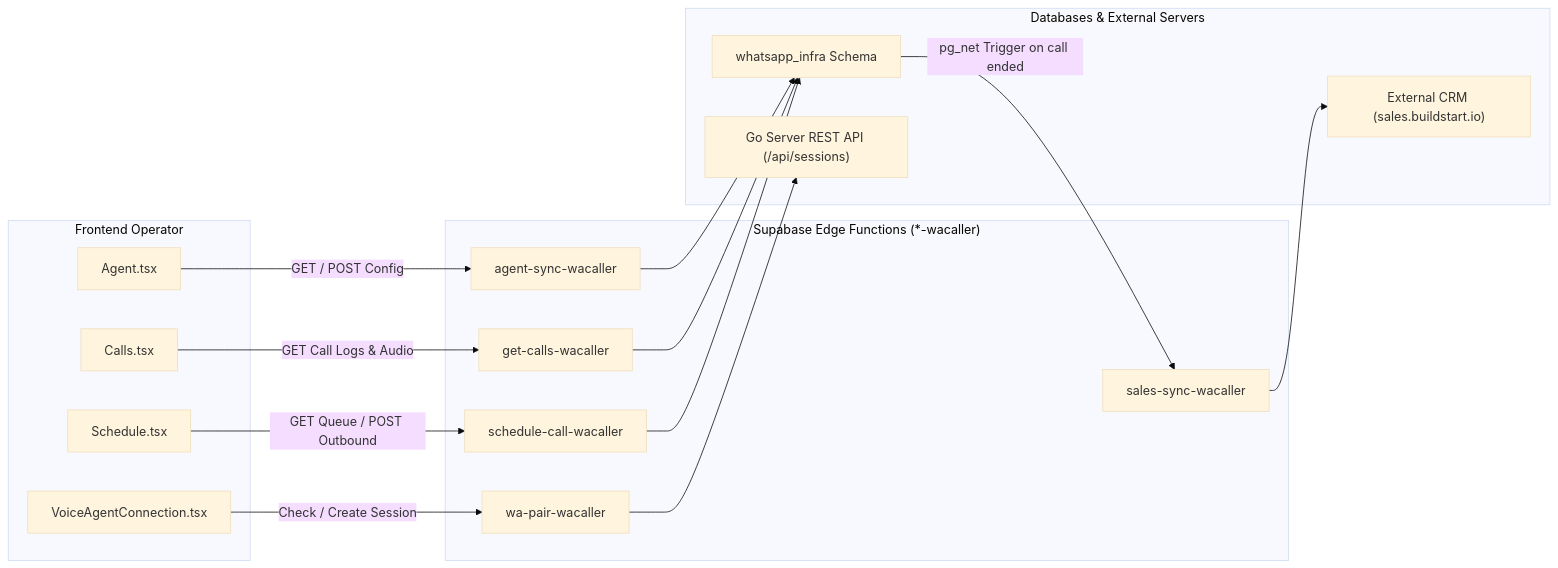
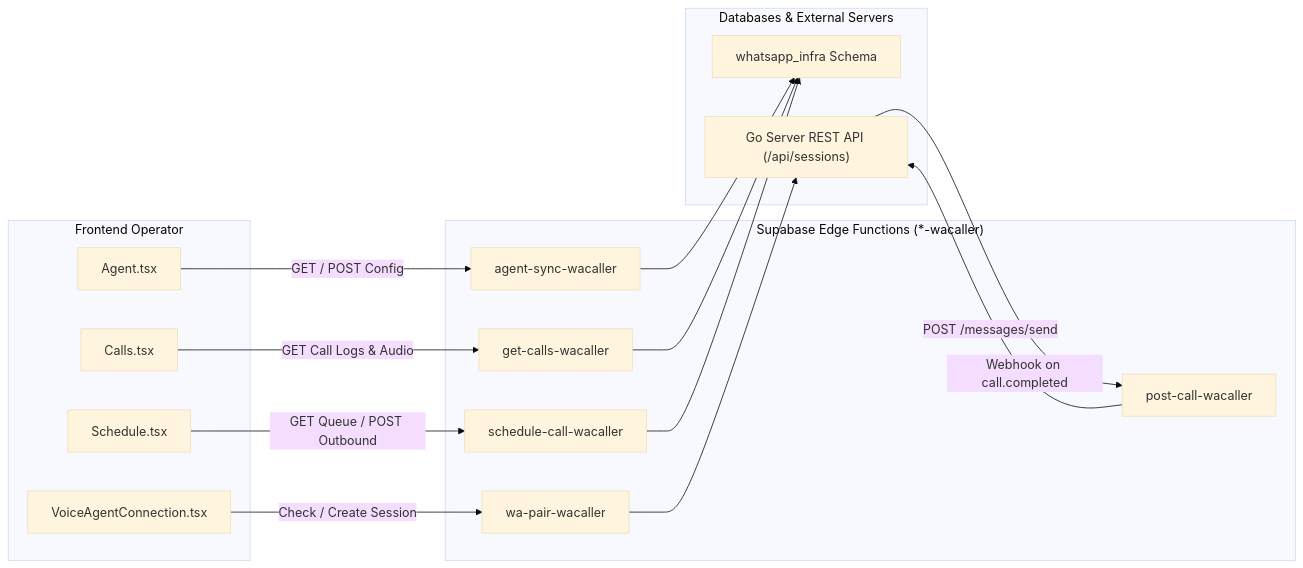
One commit to BuildStart-io/buildstart-wacaller changed the third of 7 diagrams in ARCHITECTURE.md. Above: the diagram before and after it, drawn with Mermaid (base theme). The commit also changed other lines of this file and 8 other files, not shown here.

Commit message:
feat(wacaller): migrate local voice persona & post-call lead dossier from Go server; remove sales-sync-wacaller

````diff
--- a/ARCHITECTURE.md
+++ b/ARCHITECTURE.md
@@ -202,35 +201,34 @@
 ```mermaid
 flowchart LR
     subgraph Client ["Frontend Operator"]
         C_Agent["Agent.tsx"]
         C_Calls["Calls.tsx"]
         C_Sched["Schedule.tsx"]
         C_Pair["VoiceAgentConnection.tsx"]
     end
 
     subgraph Functions ["Supabase Edge Functions (*-wacaller)"]
         F_Sync["agent-sync-wacaller"]
         F_GetCalls["get-calls-wacaller"]
         F_Sched["schedule-call-wacaller"]
         F_Pair["wa-pair-wacaller"]
-        F_SalesSync["sales-sync-wacaller"]
+        F_PostCall["post-call-wacaller"]
     end
 
     subgraph Backend ["Databases & External Servers"]
         DB_Infra["whatsapp_infra Schema"]
         Go_API["Go Server REST API (/api/sessions)"]
-        Sales_API["External CRM (sales.buildstart.io)"]
     end
 
     C_Agent -->|GET / POST Config| F_Sync
     C_Calls -->|GET Call Logs & Audio| F_GetCalls
     C_Sched -->|GET Queue / POST Outbound| F_Sched
     C_Pair -->|Check / Create Session| F_Pair
 
     F_Sync --> DB_Infra
     F_GetCalls --> DB_Infra
     F_Sched --> DB_Infra
     F_Pair --> Go_API
-    DB_Infra -->|pg_net Trigger on call ended| F_SalesSync
-    F_SalesSync --> Sales_API
+    Go_API -->|Webhook on call.completed| F_PostCall
+    F_PostCall -->|POST /messages/send| Go_API
 ```
````
